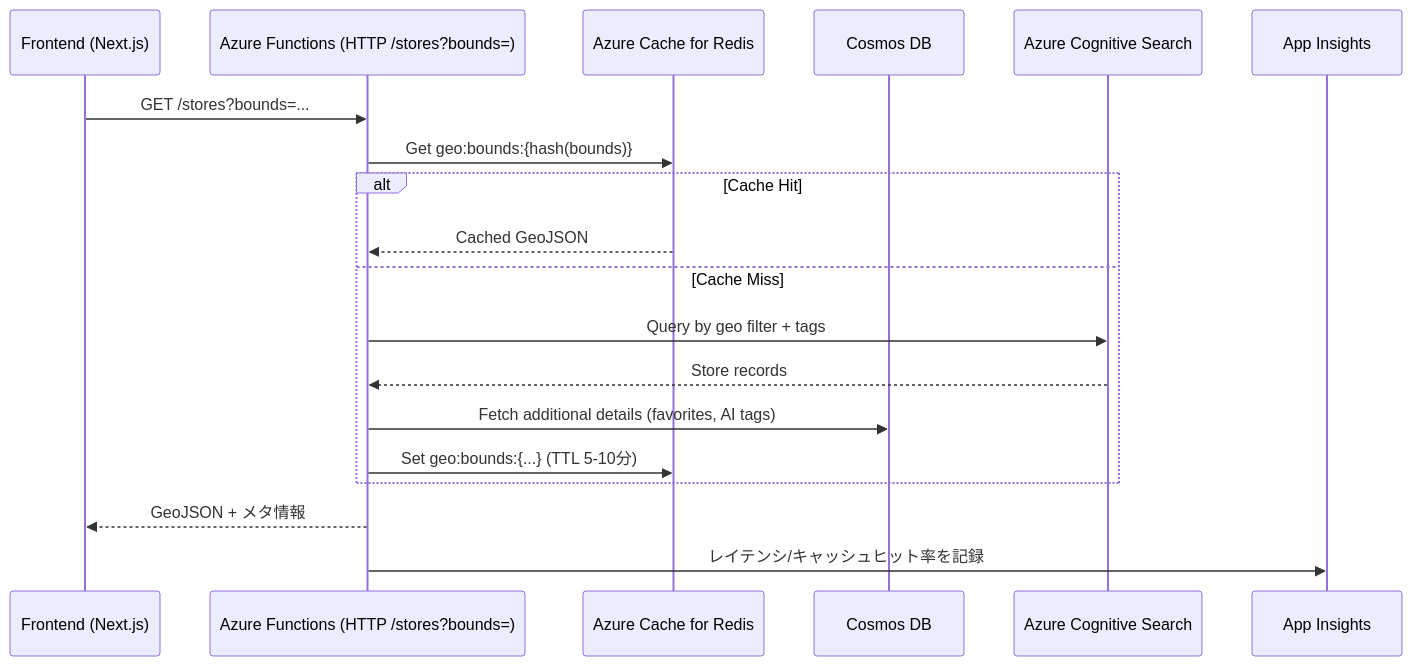
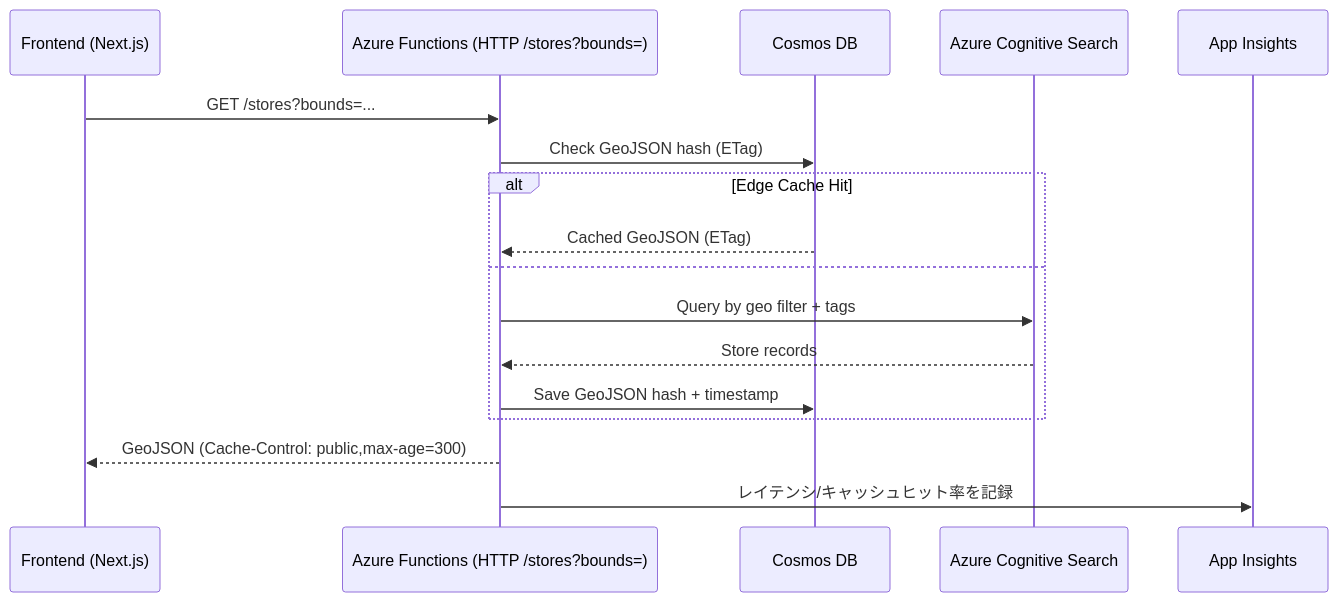
One commit to yusuke-sa/cafe-mapping changed the diagram in docs/blueprint/dataflow/DataFlow_MapTiles.md. Above: the diagram before and after it, drawn with Mermaid. The commit also changed other lines of this file and 13 other files, not shown here.

````diff
--- a/docs/blueprint/dataflow/DataFlow_MapTiles.md
+++ b/docs/blueprint/dataflow/DataFlow_MapTiles.md
@@ -8,22 +8,20 @@
 ```mermaid
 sequenceDiagram
     participant Frontend as Frontend (Next.js)
     participant APIFunc as Azure Functions (HTTP /stores?bounds=)
-    participant Redis as Azure Cache for Redis
     participant Cosmos as Cosmos DB
     participant Search as Azure Cognitive Search
     participant Monitor as App Insights
 
     Frontend->>APIFunc: GET /stores?bounds=...
-    APIFunc->>Redis: Get geo:bounds:{hash(bounds)}
-    alt Cache Hit
-        Redis-->>APIFunc: Cached GeoJSON
-    else Cache Miss
+    APIFunc->>Cosmos: Check GeoJSON hash (ETag)
+    alt Edge Cache Hit
+        Cosmos-->>APIFunc: Cached GeoJSON (ETag)
+    else
         APIFunc->>Search: Query by geo filter + tags
         Search-->>APIFunc: Store records
-        APIFunc->>Cosmos: Fetch additional details (favorites, AI tags)
-        APIFunc->>Redis: Set geo:bounds:{...} (TTL 5-10分)
+        APIFunc->>Cosmos: Save GeoJSON hash + timestamp
     end
-    APIFunc-->>Frontend: GeoJSON + メタ情報
+    APIFunc-->>Frontend: GeoJSON (Cache-Control: public,max-age=300)
     APIFunc->>Monitor: レイテンシ/キャッシュヒット率を記録
 ```
````
